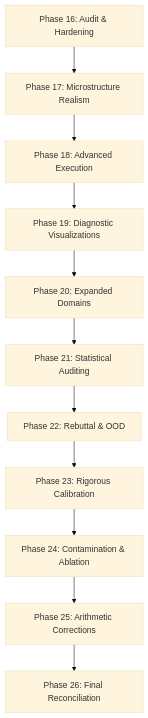
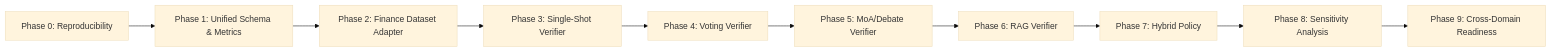
Before and after one commit to gitmichaelqiu/LLMMisinfoClassification: the diagram in ROADMAP.md, drawn with Mermaid (base theme). The commit also changed other lines of this file and 33 other files, not shown here.

Commit message:
chore: align main with general verification framework roadmap

````diff
--- a/ROADMAP.md
+++ b/ROADMAP.md
@@ -7,13 +7,12 @@
 ```mermaid
-graph TD
-    P16[Phase 16: Audit & Hardening] --> P17[Phase 17: Microstructure Realism]
-    P17 --> P18[Phase 18: Advanced Execution]
-    P18 --> P19[Phase 19: Diagnostic Visualizations]
-    P19 --> P20[Phase 20: Expanded Domains]
-    P20 --> P21[Phase 21: Statistical Auditing]
-    P21 --> P22[Phase 22: Rebuttal & OOD]
-    P22 --> P23[Phase 23: Rigorous Calibration]
-    P23 --> P24[Phase 24: Contamination & Ablation]
-    P24 --> P25[Phase 25: Arithmetic Corrections]
-    P25 --> P26[Phase 26: Final Reconciliation]
+graph LR
+    P0[Phase 0: Reproducibility] --> P1[Phase 1: Unified Schema & Metrics]
+    P1 --> P2[Phase 2: Finance Dataset Adapter]
+    P2 --> P3[Phase 3: Single-Shot Verifier]
+    P3 --> P4[Phase 4: Voting Verifier]
+    P4 --> P5[Phase 5: MoA/Debate Verifier]
+    P5 --> P6[Phase 6: RAG Verifier]
+    P6 --> P7[Phase 7: Hybrid Policy]
+    P7 --> P8[Phase 8: Sensitivity Analysis]
+    P8 --> P9[Phase 9: Cross-Domain Readiness]
 ```
````
